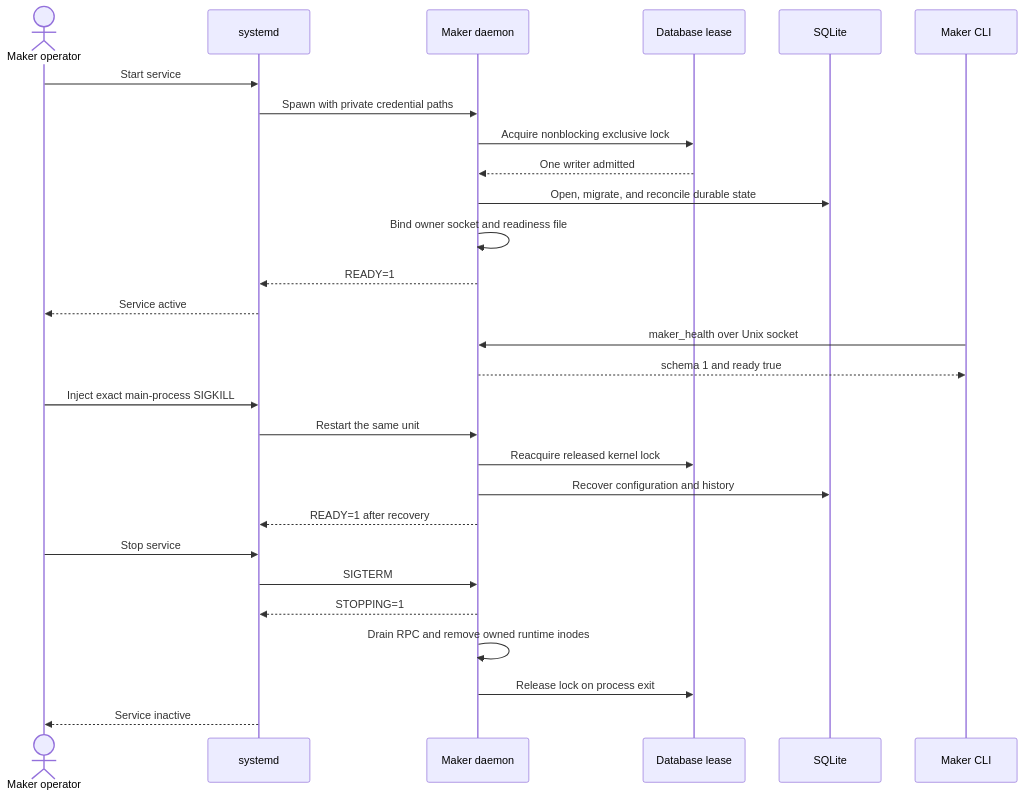
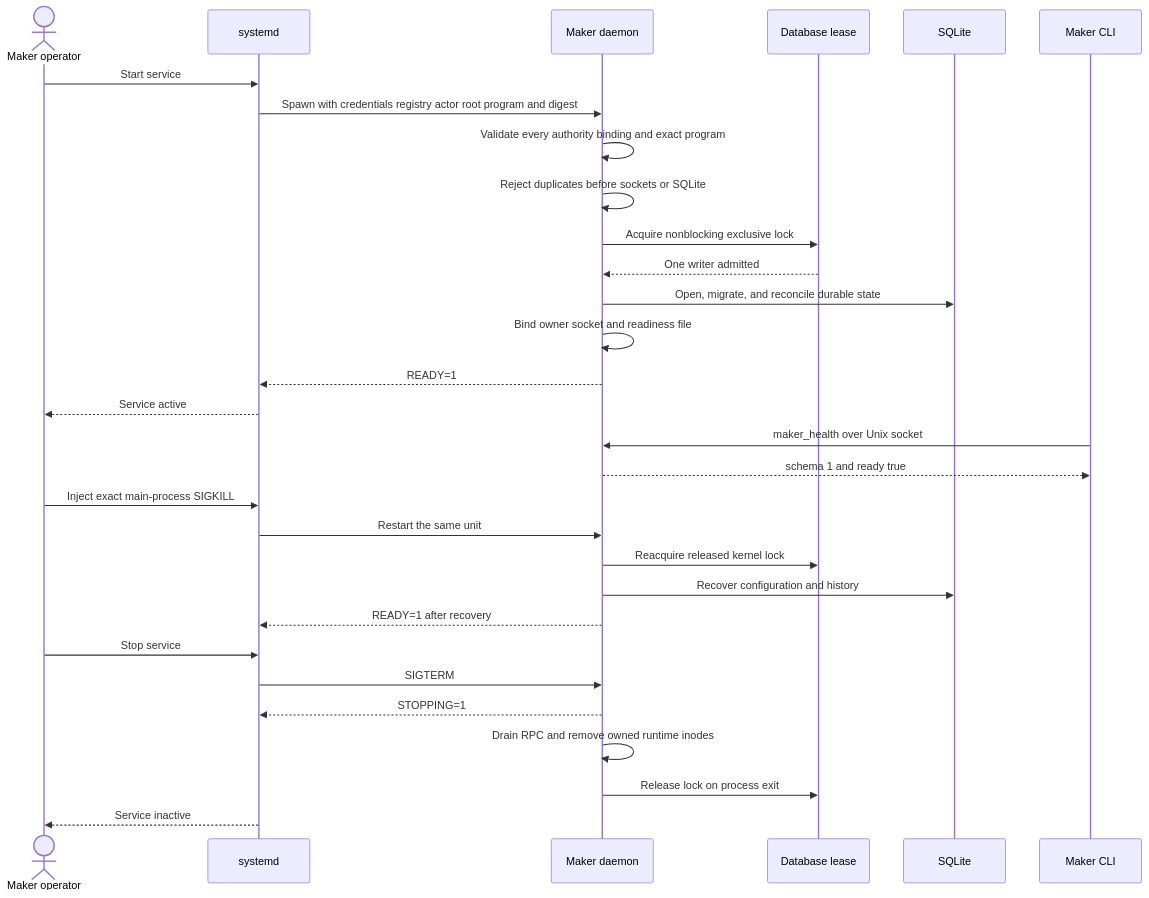
The second of 2 diagrams in docs/architecture/0097-supervise-one-maker-daemon-lifecycle.md (gateway-fm/lez-atomic-swaps), drawn with Mermaid before and after one commit. The commit also changed other lines of this file and 22 other files, not shown here.

````diff
--- a/docs/architecture/0097-supervise-one-maker-daemon-lifecycle.md
+++ b/docs/architecture/0097-supervise-one-maker-daemon-lifecycle.md
@@ -89,33 +95,35 @@
 ```mermaid
 sequenceDiagram
     actor Operator as Maker operator
     participant S as systemd
     participant D as Maker daemon
     participant L as Database lease
     participant DB as SQLite
     participant C as Maker CLI
 
     Operator->>S: Start service
-    S->>D: Spawn with private credential paths
+    S->>D: Spawn with credentials registry actor root program and digest
+    D->>D: Validate every authority binding and exact program
+    D->>D: Reject duplicates before sockets or SQLite
     D->>L: Acquire nonblocking exclusive lock
     L-->>D: One writer admitted
     D->>DB: Open, migrate, and reconcile durable state
     D->>D: Bind owner socket and readiness file
     D-->>S: READY=1
     S-->>Operator: Service active
     C->>D: maker_health over Unix socket
     D-->>C: schema 1 and ready true
 
     Operator->>S: Inject exact main-process SIGKILL
     S->>D: Restart the same unit
     D->>L: Reacquire released kernel lock
     D->>DB: Recover configuration and history
     D-->>S: READY=1 after recovery
 
     Operator->>S: Stop service
     S->>D: SIGTERM
     D-->>S: STOPPING=1
     D->>D: Drain RPC and remove owned runtime inodes
     D->>L: Release lock on process exit
     S-->>Operator: Service inactive
 ```
````
